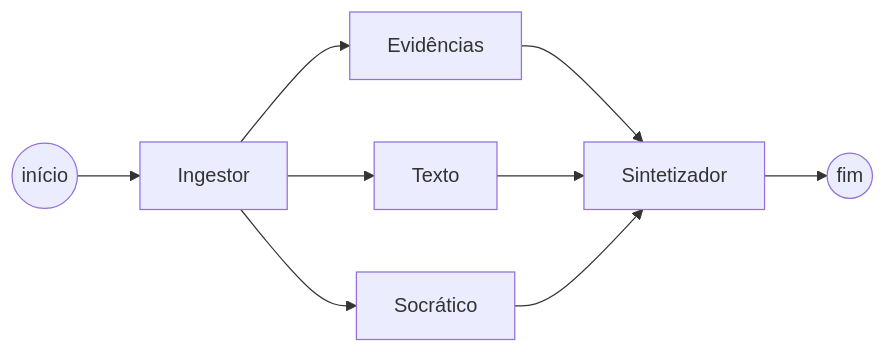
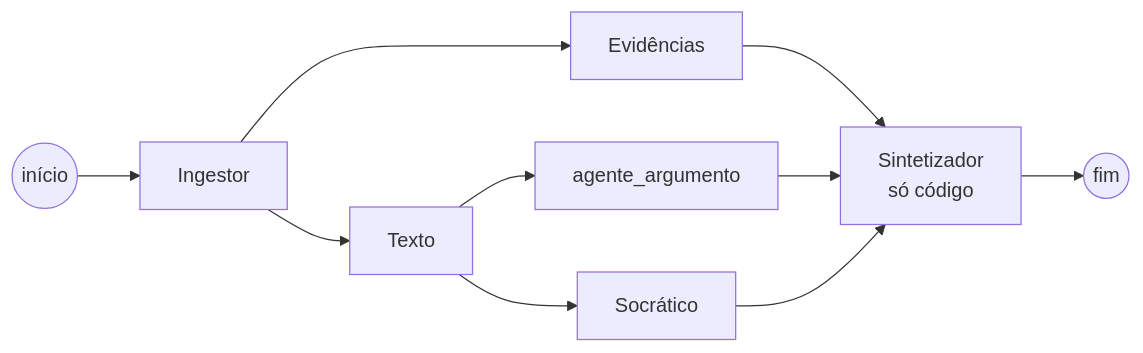
Before and after one commit to eduarda-ogomes/grupo1_ResIA: the first of 2 diagrams in docs/agents/evidencias.md, drawn with Mermaid. The commit also changed 1 other file, not shown here.

Commit message:
docs: Diagrama do Agente de Evidências e ordem do grafo no README seguem o novo grafo

````diff
--- a/docs/agents/evidencias.md
+++ b/docs/agents/evidencias.md
@@ -33,11 +33,12 @@
 ```mermaid
 flowchart LR
     S((início)) --> I[Ingestor]
     I --> E[Evidências]
     I --> T[Texto]
-    I --> Q[Socrático]
-    E --> Y[Sintetizador]
-    T --> Y
+    T --> A[agente_argumento]
+    T --> Q[Socrático]
+    E --> Y[Sintetizador<br/>só código]
+    A --> Y
     Q --> Y
     Y --> F((fim))
 ```
````
